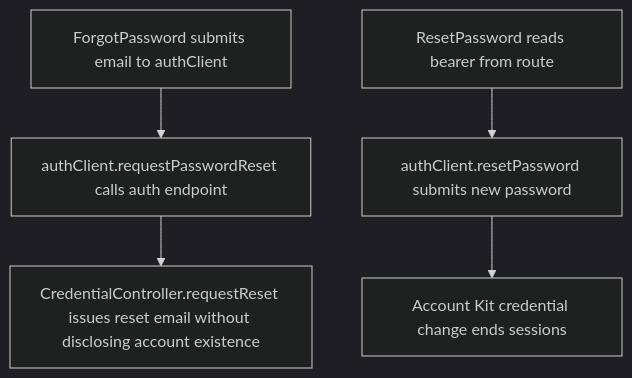
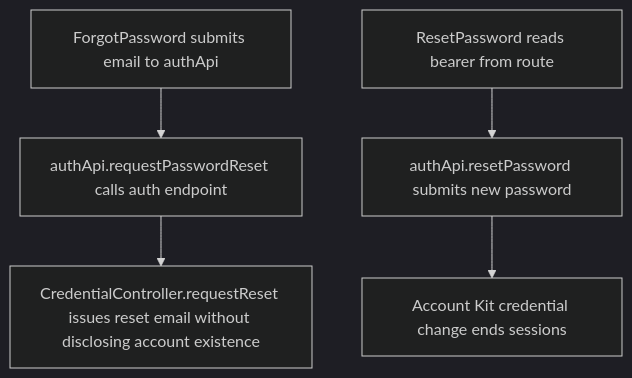
Before and after one commit to Kevinjohn/capacitylens: the second of 2 diagrams in user-stories/settings/US-SET-13-password-reset-links.md, drawn with Mermaid (dark theme). The commit also changed other lines of this file and 79 other files, not shown here.

First line of the commit message:
Client to Api: rename the typed HTTP modules

````diff
--- a/user-stories/settings/US-SET-13-password-reset-links.md
+++ b/user-stories/settings/US-SET-13-password-reset-links.md
@@ -28,7 +28,7 @@
 ```mermaid
 flowchart TD
-  forgot["ForgotPassword submits email to authClient"] --> request["authClient.requestPasswordReset calls auth endpoint"]
+  forgot["ForgotPassword submits email to authApi"] --> request["authApi.requestPasswordReset calls auth endpoint"]
   request --> email["CredentialController.requestReset issues reset email without disclosing account existence"]
-  link["ResetPassword reads bearer from route"] --> submit["authClient.resetPassword submits new password"]
+  link["ResetPassword reads bearer from route"] --> submit["authApi.resetPassword submits new password"]
   submit --> session["Account Kit credential change ends sessions"]
 ```
````
